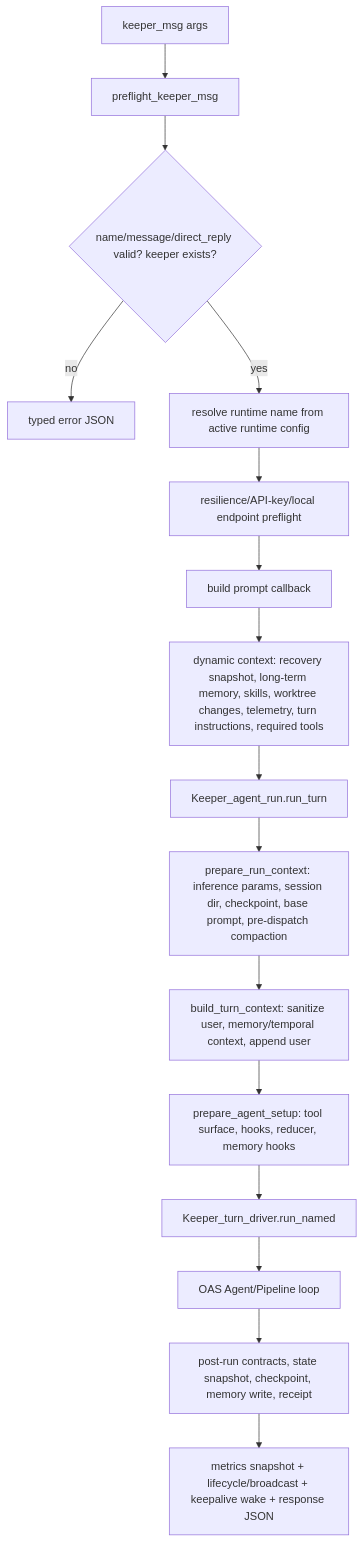
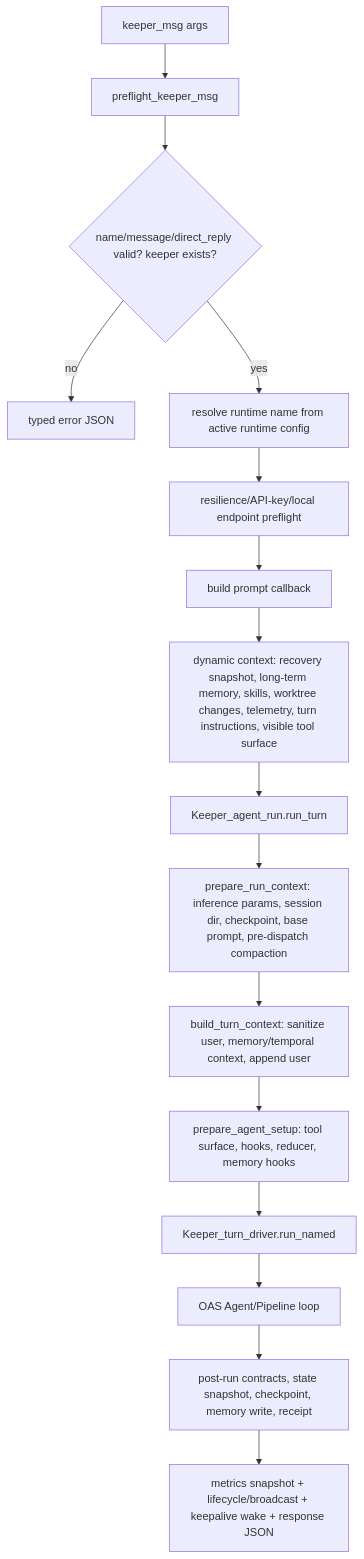
Before and after one commit to jeong-sik/masc: the third of 5 diagrams in docs/keeper-turn-lifecycle.md, drawn with Mermaid. The commit also changed 11 other files, not shown here.

````diff
--- a/docs/keeper-turn-lifecycle.md
+++ b/docs/keeper-turn-lifecycle.md
@@ -87,18 +87,18 @@
 ```mermaid
 flowchart TD
     A[keeper_msg args] --> B[preflight_keeper_msg]
     B --> C{name/message/direct_reply valid? keeper exists?}
     C -- no --> X[typed error JSON]
     C -- yes --> D[resolve runtime name from active runtime config]
     D --> E[resilience/API-key/local endpoint preflight]
     E --> F[build prompt callback]
-    F --> G[dynamic context: recovery snapshot, long-term memory, skills, worktree changes, telemetry, turn instructions, required tools]
+    F --> G[dynamic context: recovery snapshot, long-term memory, skills, worktree changes, telemetry, turn instructions, visible tool surface]
     G --> H[Keeper_agent_run.run_turn]
     H --> I[prepare_run_context: inference params, session dir, checkpoint, base prompt, pre-dispatch compaction]
     I --> J[build_turn_context: sanitize user, memory/temporal context, append user]
     J --> K[prepare_agent_setup: tool surface, hooks, reducer, memory hooks]
     K --> L[Keeper_turn_driver.run_named]
     L --> M[OAS Agent/Pipeline loop]
     M --> N[post-run contracts, state snapshot, checkpoint, memory write, receipt]
     N --> O[metrics snapshot + lifecycle/broadcast + keepalive wake + response JSON]
 ```
````
